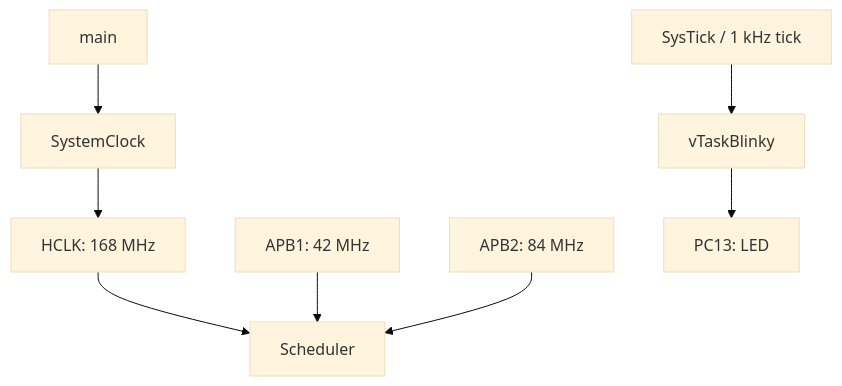
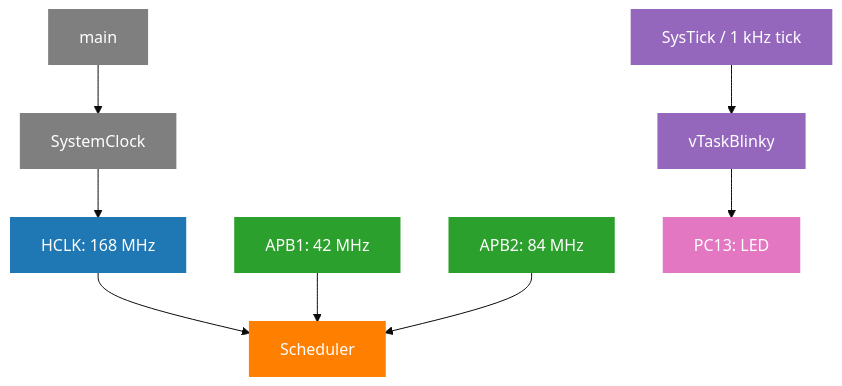
Before and after one commit to many-stnega/mg_embedded_blink_rtos_stm32f4: the diagram in README.md, drawn with Mermaid (base theme). The commit also changed other lines of this file, not shown here.

Commit message:
Add README with color mermaid flowchart diagram

````diff
--- a/README.md
+++ b/README.md
@@ -67,10 +67,20 @@
 ```mermaid
 flowchart TD
     HCLK[HCLK: 168 MHz] --> SCHED[Scheduler]
     PCLK1[APB1: 42 MHz] --> SCHED
     PCLK2[APB2: 84 MHz] --> SCHED
     TICK[SysTick / 1 kHz tick] --> TASK[vTaskBlinky]
     TASK --> LED[PC13: LED]
     MAIN[main] --> CLK[SystemClock]
     CLK --> HCLK
+
+    style HCLK fill:#1f78b4,color:#fff,stroke:#1f78b4,stroke-width:2px
+    style SCHED fill:#ff7f00,color:#fff,stroke:#ff7f00,stroke-width:2px
+    style PCLK1 fill:#2ca02c,color:#fff,stroke:#2ca02c,stroke-width:2px
+    style PCLK2 fill:#2ca02c,color:#fff,stroke:#2ca02c,stroke-width:2px
+    style TICK fill:#9467bd,color:#fff,stroke:#9467bd,stroke-width:2px
+    style TASK fill:#9467bd,color:#fff,stroke:#9467bd,stroke-width:2px
+    style LED fill:#e377c2,color:#fff,stroke:#e377c2,stroke-width:2px
+    style MAIN fill:#7f7f7f,color:#fff,stroke:#7f7f7f,stroke-width:2px
+    style CLK fill:#7f7f7f,color:#fff,stroke:#7f7f7f,stroke-width:2px
 ```
````
